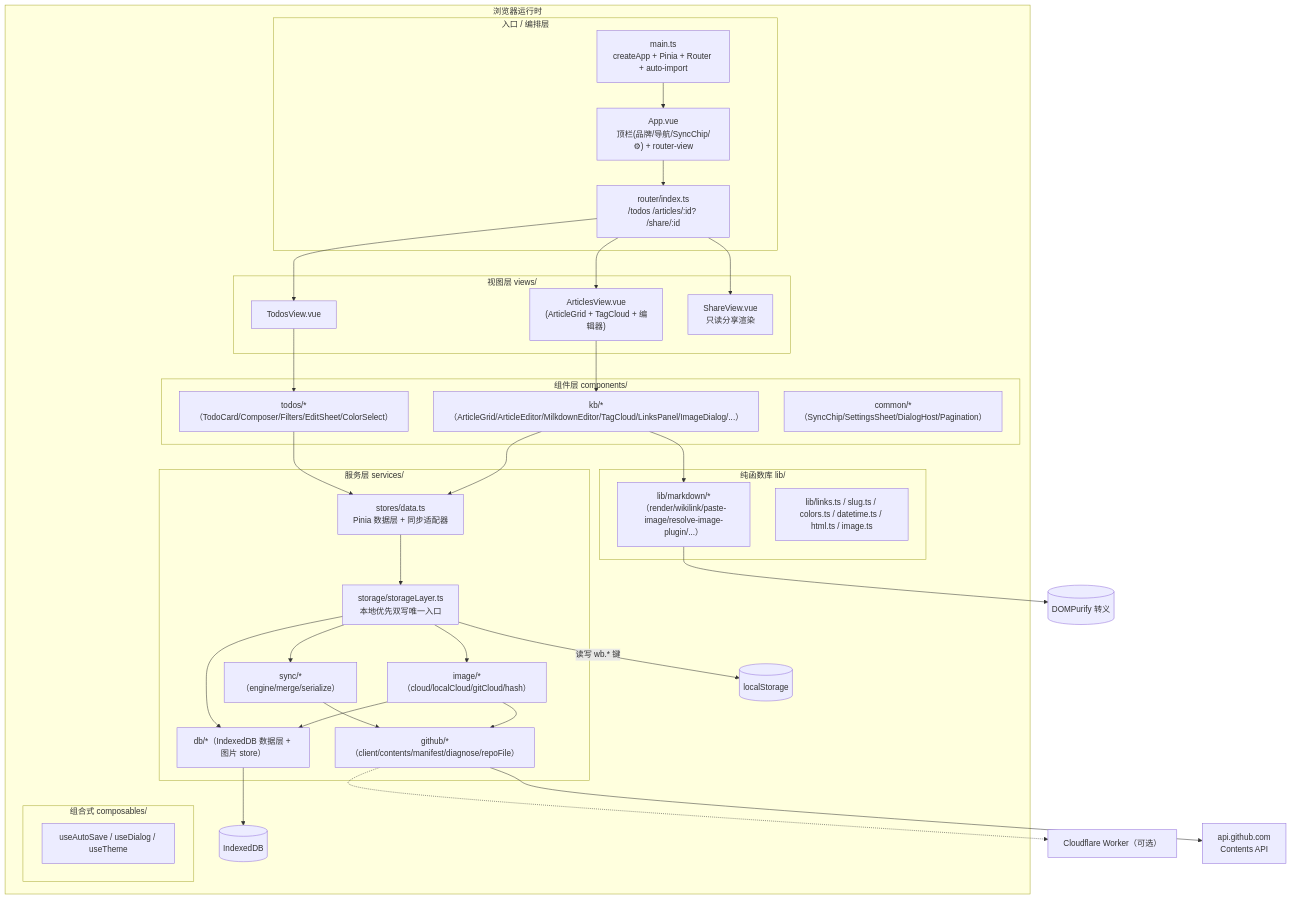
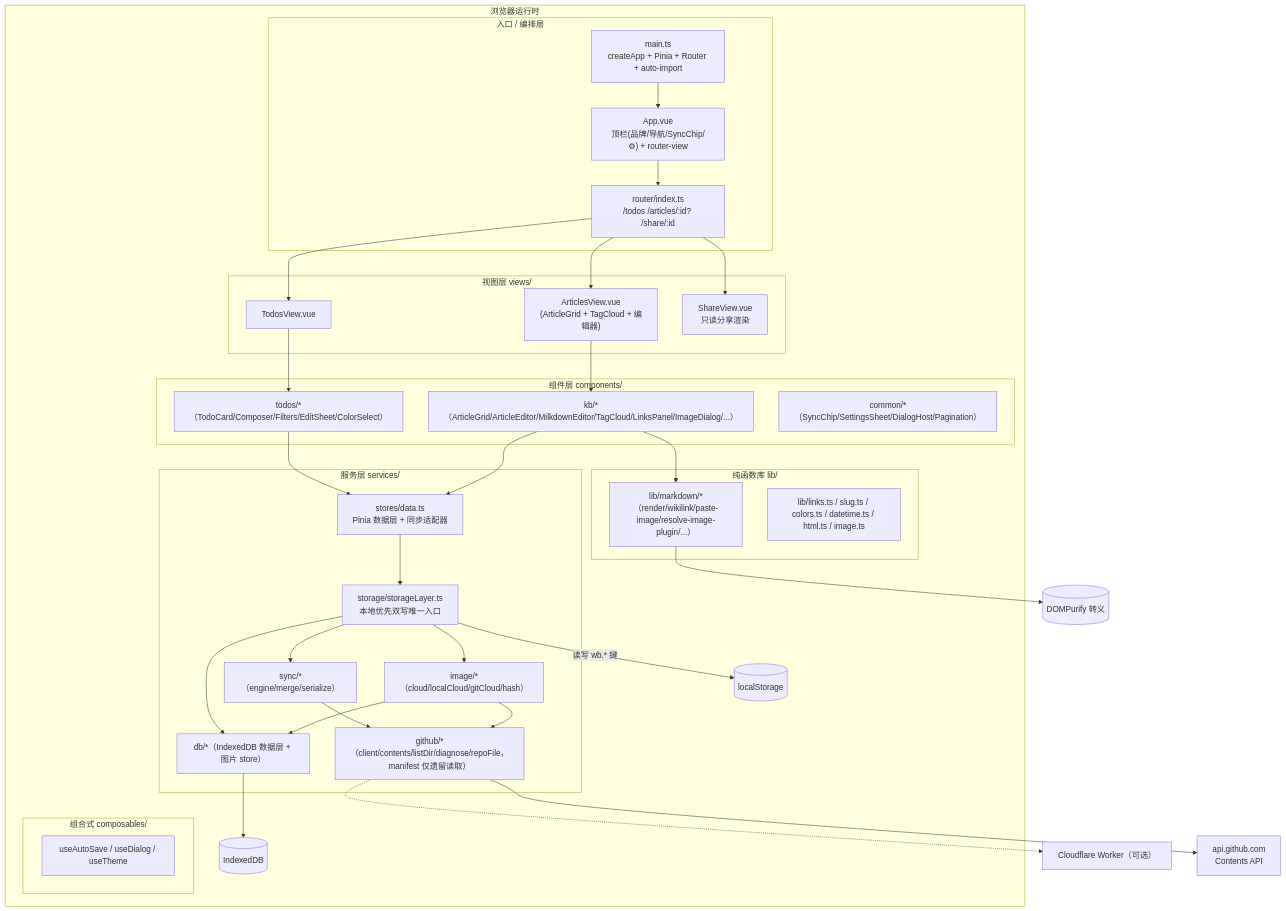
Before and after one commit to GuoxinL/workbench: the second of 5 diagrams in .harness/docs/architecture.md, drawn with Mermaid. The commit also changed other lines of this file and 18 other files, not shown here.

````diff
--- a/.harness/docs/architecture.md
+++ b/.harness/docs/architecture.md
@@ -72,57 +72,57 @@
 ```mermaid
 graph TD
     subgraph Browser["浏览器运行时"]
         subgraph L4["入口 / 编排层"]
             MAIN["main.ts<br/>createApp + Pinia + Router + auto-import"]
             APP["App.vue<br/>顶栏(品牌/导航/SyncChip/⚙) + router-view"]
             ROUTER["router/index.ts<br/>/todos /articles/:id? /share/:id"]
         end
         subgraph L3["视图层 views/"]
             TODOSV["TodosView.vue"]
             ARTICLESV["ArticlesView.vue<br/>(ArticleGrid + TagCloud + 编辑器)"]
             SHAREV["ShareView.vue<br/>只读分享渲染"]
         end
         subgraph L2c["组件层 components/"]
             TODO_C["todos/*（TodoCard/Composer/Filters/EditSheet/ColorSelect）"]
             KB_C["kb/*（ArticleGrid/ArticleEditor/MilkdownEditor/TagCloud/LinksPanel/ImageDialog/...）"]
             COMMON["common/*（SyncChip/SettingsSheet/DialogHost/Pagination）"]
         end
         subgraph L2s["服务层 services/"]
             STORE["stores/data.ts<br/>Pinia 数据层 + 同步适配器"]
             STORAGE["storage/storageLayer.ts<br/>本地优先双写唯一入口"]
             DB["db/*（IndexedDB 数据层 + 图片 store）"]
-            GH["github/*（client/contents/manifest/diagnose/repoFile）"]
+            GH["github/*（client/contents/listDir/diagnose/repoFile，manifest 仅遗留读取）"]
             SYNC["sync/*（engine/merge/serialize）"]
             IMG["image/*（cloud/localCloud/gitCloud/hash）"]
         end
         subgraph L1["纯函数库 lib/"]
             MD["lib/markdown/*（render/wikilink/paste-image/resolve-image-plugin/...）"]
             LINKS["lib/links.ts / slug.ts / colors.ts / datetime.ts / html.ts / image.ts"]
         end
         subgraph COMP["组合式 composables/"]
             USE["useAutoSave / useDialog / useTheme"]
         end
         LS[("localStorage")]
         IDB[("IndexedDB")]
     end
 
     Worker["Cloudflare Worker（可选）"]
     GHAPI["api.github.com<br/>Contents API"]
 
     MAIN --> APP --> ROUTER
     ROUTER --> TODOSV & ARTICLESV & SHAREV
     TODOSV --> TODO_C
     ARTICLESV --> KB_C
     TODO_C --> STORE
     KB_C --> STORE & MD
     STORE --> STORAGE
     STORAGE --> DB & SYNC
     SYNC --> GH
     STORAGE --> IMG
     IMG --> DB & GH
     MD --> HTML[("DOMPurify 转义")]
     GH --> GHAPI
     GH -.-> Worker
     STORAGE -->|"读写 wb.* 键"| LS
     DB --> IDB
 ```
````
